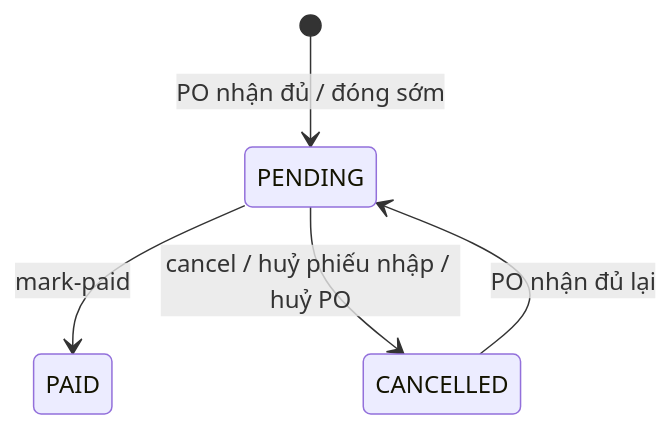
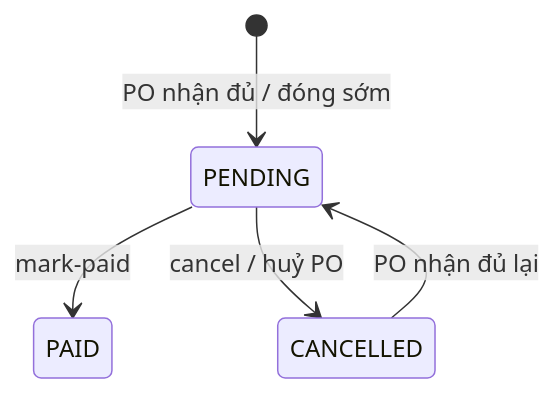
The fifth of 5 diagrams in docs/domains/purchasing.md (VoDinhViet/be-quanlysanxuat), drawn with Mermaid before and after one commit. The commit also changed other lines of this file and 12 other files, not shown here.

````diff
--- a/docs/domains/purchasing.md
+++ b/docs/domains/purchasing.md
@@ -154,7 +154,7 @@
 ```mermaid
 stateDiagram-v2
   [*] --> PENDING: PO nhận đủ / đóng sớm
   PENDING --> PAID: mark-paid
-  PENDING --> CANCELLED: cancel / huỷ phiếu nhập / huỷ PO
+  PENDING --> CANCELLED: cancel / huỷ PO
   CANCELLED --> PENDING: PO nhận đủ lại
 ```
````
